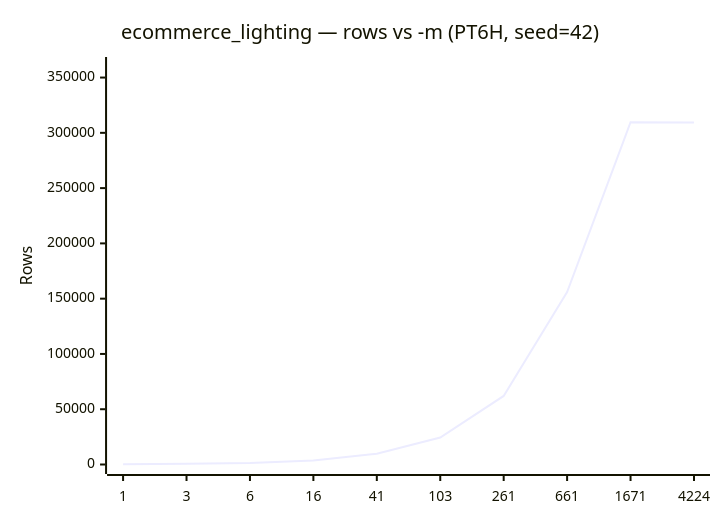
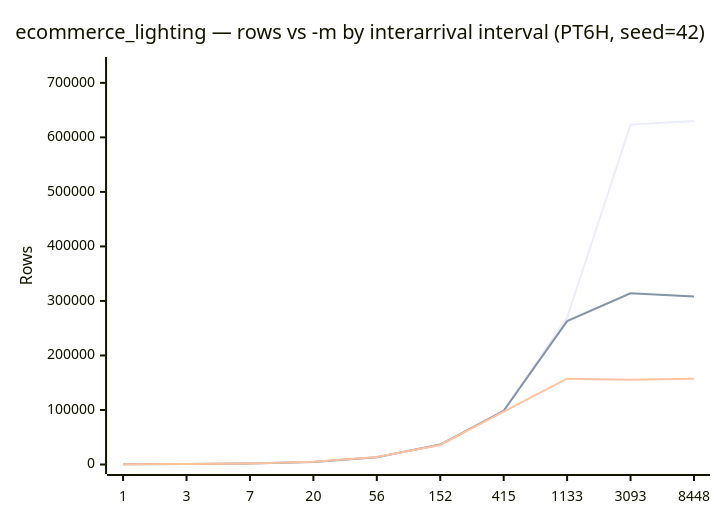
The fifth of 5 diagrams in docs/presets/ecommerce_lighting.md (implydata/imply-eventgenerator), drawn with Mermaid before and after one commit. The commit also changed other lines of this file and 10 other files, not shown here.

````diff
--- a/docs/presets/ecommerce_lighting.md
+++ b/docs/presets/ecommerce_lighting.md
@@ -205,7 +207,9 @@
 ```mermaid
 xychart-beta
-    title "ecommerce_lighting — rows vs -m (PT6H, seed=42)"
-    x-axis [1, 3, 6, 16, 41, 103, 261, 661, 1671, 4224]
-    y-axis "Rows" 0 --> 360000
-    line [256, 703, 1429, 3670, 9771, 24374, 62009, 155900, 309593, 309297]
+    title "ecommerce_lighting — rows vs -m by interarrival interval (PT6H, seed=42)"
+    x-axis [1, 3, 7, 20, 56, 152, 415, 1133, 3093, 8448]
+    y-axis "Rows" 0 --> 730000
+    line [256, 745, 1717, 4913, 13309, 36306, 98807, 269641, 623397, 629831]
+    line [256, 734, 1671, 4646, 13301, 36530, 98536, 263054, 314170, 307943]
+    line [256, 703, 1666, 4844, 13660, 35897, 96976, 157490, 155461, 157076]
 ```
````
